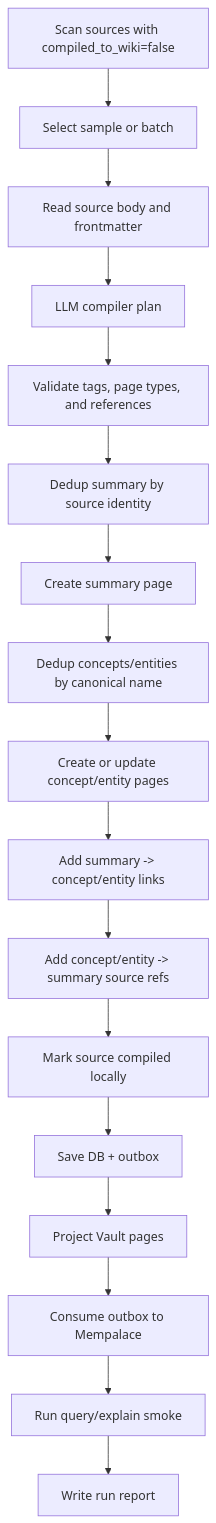
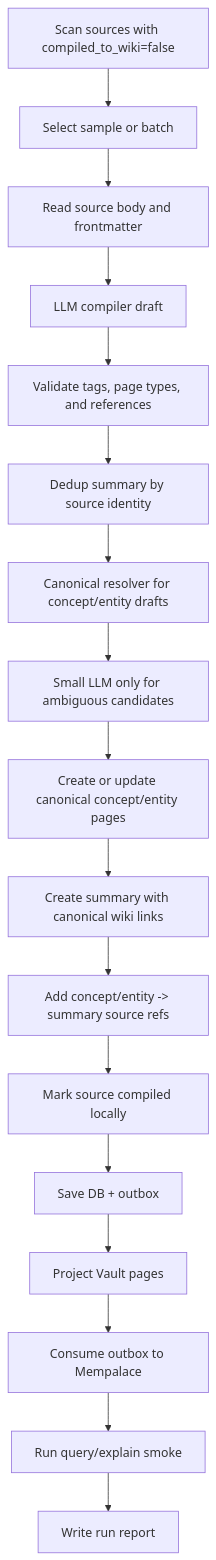
Before and after one commit to 6tizer/wiki-mempalace: the diagram in docs/specs/production-wiki-compiler/design.md, drawn with Mermaid. The commit also changed other lines of this file and 12 other files, not shown here.

````diff
--- a/docs/specs/production-wiki-compiler/design.md
+++ b/docs/specs/production-wiki-compiler/design.md
@@ -95,19 +96,19 @@
 ```mermaid
 flowchart TD
     A["Scan sources with compiled_to_wiki=false"] --> B["Select sample or batch"]
     B --> C["Read source body and frontmatter"]
-    C --> D["LLM compiler plan"]
+    C --> D["LLM compiler draft"]
     D --> E["Validate tags, page types, and references"]
     E --> F["Dedup summary by source identity"]
-    F --> G["Create summary page"]
-    G --> H["Dedup concepts/entities by canonical name"]
-    H --> I["Create or update concept/entity pages"]
-    I --> J["Add summary -> concept/entity links"]
+    F --> G["Canonical resolver for concept/entity drafts"]
+    G --> H["Small LLM only for ambiguous candidates"]
+    H --> I["Create or update canonical concept/entity pages"]
+    I --> J["Create summary with canonical wiki links"]
     J --> K["Add concept/entity -> summary source refs"]
     K --> L["Mark source compiled locally"]
     L --> M["Save DB + outbox"]
     M --> N["Project Vault pages"]
     N --> O["Consume outbox to Mempalace"]
     O --> P["Run query/explain smoke"]
     P --> Q["Write run report"]
 ```
````
